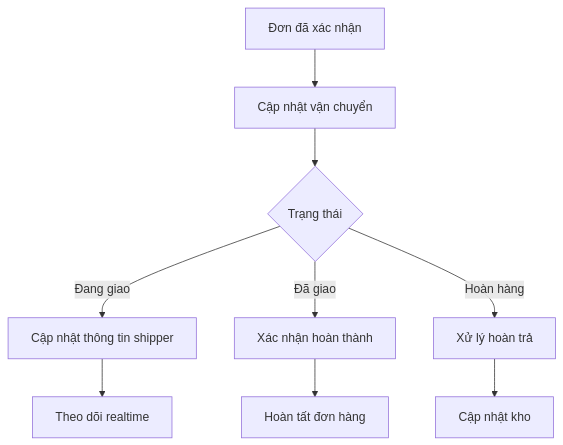
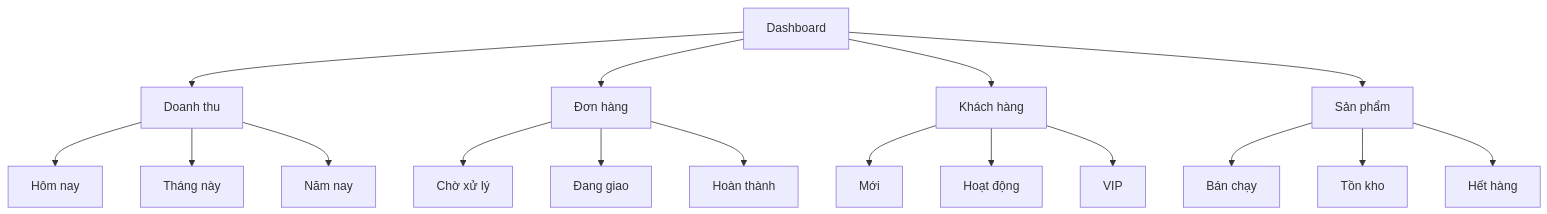
The fifth of 12 diagrams in README.md (toantran00/BTTH_12), drawn with Mermaid before and after one commit. The commit also changed other lines of this file, not shown here.

````diff
--- a/README.md
+++ b/README.md
@@ -249,11 +308,23 @@
 ```mermaid
 graph TD
-    A[Đơn đã xác nhận] --> B[Cập nhật vận chuyển]
-    B --> C{Trạng thái}
-    C -->|Đang giao| D[Cập nhật thông tin shipper]
-    C -->|Đã giao| E[Xác nhận hoàn thành]
-    C -->|Hoàn hàng| F[Xử lý hoàn trả]
-    D --> G[Theo dõi realtime]
-    E --> H[Hoàn tất đơn hàng]
-    F --> I[Cập nhật kho]
+    A[Dashboard] --> B[Doanh thu]
+    A --> C[Đơn hàng]
+    A --> D[Khách hàng]
+    A --> E[Sản phẩm]
+    
+    B --> B1[Hôm nay]
+    B --> B2[Tháng này]
+    B --> B3[Năm nay]
+    
+    C --> C1[Chờ xử lý]
+    C --> C2[Đang giao]
+    C --> C3[Hoàn thành]
+    
+    D --> D1[Mới]
+    D --> D2[Hoạt động]
+    D --> D3[VIP]
+    
+    E --> E1[Bán chạy]
+    E --> E2[Tồn kho]
+    E --> E3[Hết hàng]
 ```
````
